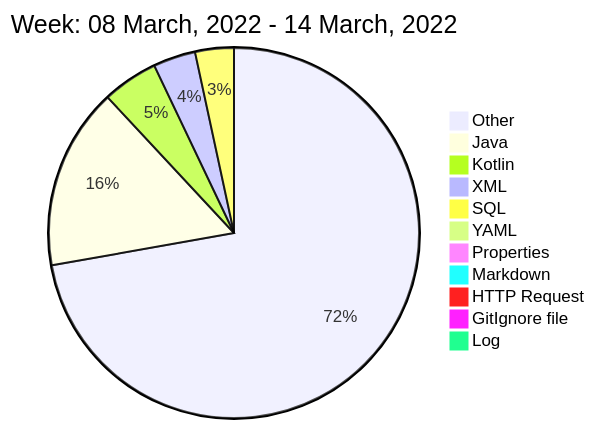
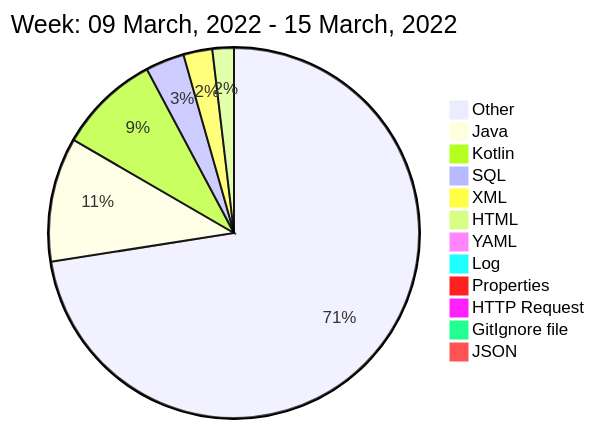
The diagram in README.md (liubin95/liubin95), drawn with Mermaid before and after one commit.

Commit message:
Updated the Graph with new Metrics

````diff
--- a/README.md
+++ b/README.md
@@ -42,15 +42,16 @@
 ```mermaid
  pie
-title Week: 08 March, 2022 - 14 March, 2022
- "Other" : 27.77
- "Java" : 6.1
- "Kotlin" : 1.87
- "XML" : 1.42
+title Week: 09 March, 2022 - 15 March, 2022
+ "Other" : 27.87
+ "Java" : 4.17
+ "Kotlin" : 3.4
  "SQL" : 1.3
- "YAML" : 0.15
+ "XML" : 0.97
+ "HTML" : 0.72
+ "YAML" : 0.32
+ "Log" : 0.12
  "Properties" : 0.07
- "Markdown" : 0.03
- "HTTP Request" : 0.03
+ "HTTP Request" : 0.02
  "GitIgnore file" : 0.02
- "Log" : 0.02
+ "JSON" : 0.02
 ```
````
